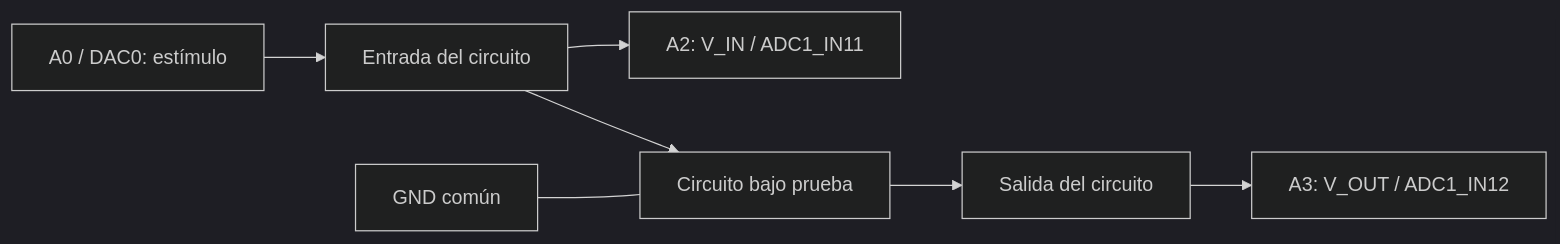
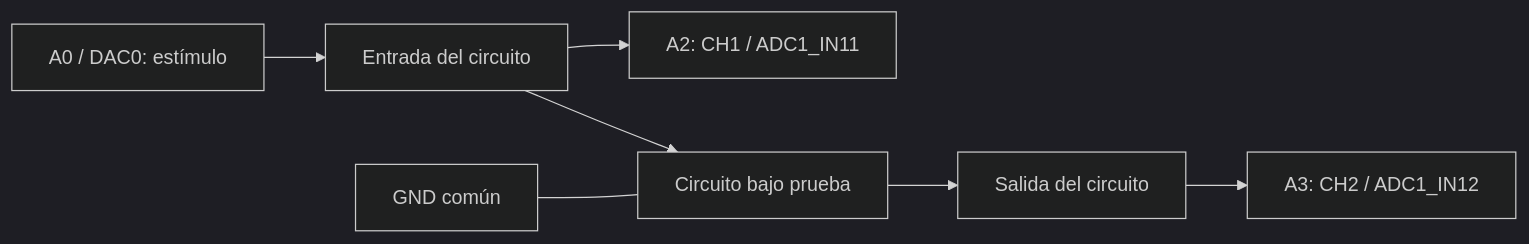
Before and after one commit to fmgarciadiaz/SerialPythonMonitor: the first of 2 diagrams in docs/UNO_Q_TECNICO.md, drawn with Mermaid (dark theme). The commit also changed other lines of this file and 65 other files, not shown here.

````diff
--- a/docs/UNO_Q_TECNICO.md
+++ b/docs/UNO_Q_TECNICO.md
@@ -29,9 +29,9 @@
 ```mermaid
 flowchart LR
  A0[A0 / DAC0: estímulo] --> IN[Entrada del circuito]
- IN --> A2[A2: V_IN / ADC1_IN11]
+ IN --> A2[A2: CH1 / ADC1_IN11]
  IN --> DUT[Circuito bajo prueba]
  DUT --> OUT[Salida del circuito]
- OUT --> A3[A3: V_OUT / ADC1_IN12]
+ OUT --> A3[A3: CH2 / ADC1_IN12]
  G[GND común] --- DUT
 ```
````
